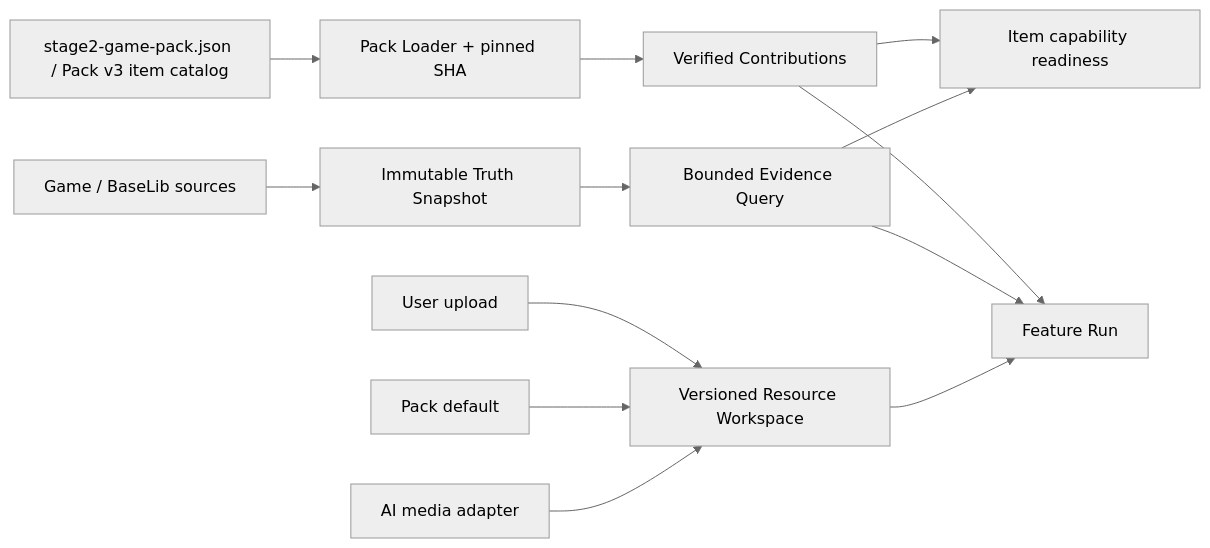
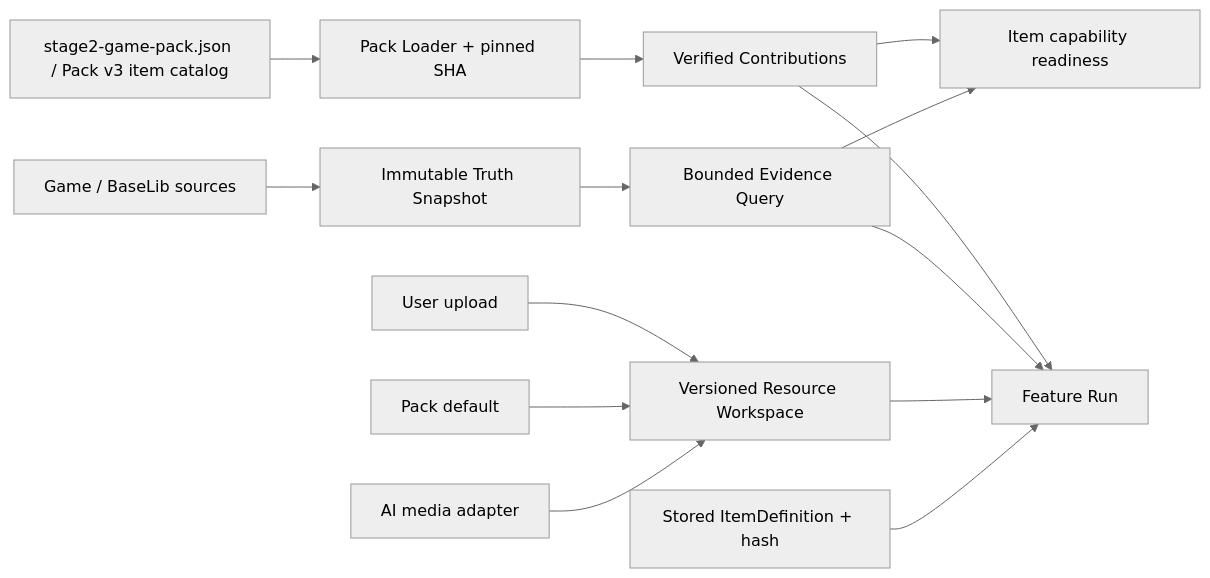
One commit to Frashmeat/AgentForSTS2 changed the second of 3 diagrams in docs/01-总览/项目架构总览.md. Above: the diagram before and after it, drawn with Mermaid (neutral theme). The commit also changed other lines of this file and 29 other files, not shown here.

````diff
--- a/docs/01-总览/项目架构总览.md
+++ b/docs/01-总览/项目架构总览.md
@@ -116,15 +116,16 @@
 ```mermaid
 flowchart LR
     PackFile[stage2-game-pack.json / Pack v3 item catalog] --> Loader[Pack Loader + pinned SHA]
     Loader --> Contributions[Verified Contributions]
     Source[Game / BaseLib sources] --> Snapshot[Immutable Truth Snapshot]
     Snapshot --> Evidence[Bounded Evidence Query]
     Contributions --> Readiness[Item capability readiness]
     Evidence --> Readiness
     Upload[User upload] --> Resource[Versioned Resource Workspace]
     PackDefault[Pack default] --> Resource
     AI[AI media adapter] --> Resource
     Contributions --> Feature[Feature Run]
     Evidence --> Feature
     Resource --> Feature
+    Item[Stored ItemDefinition + hash] --> Feature
 ```
````
